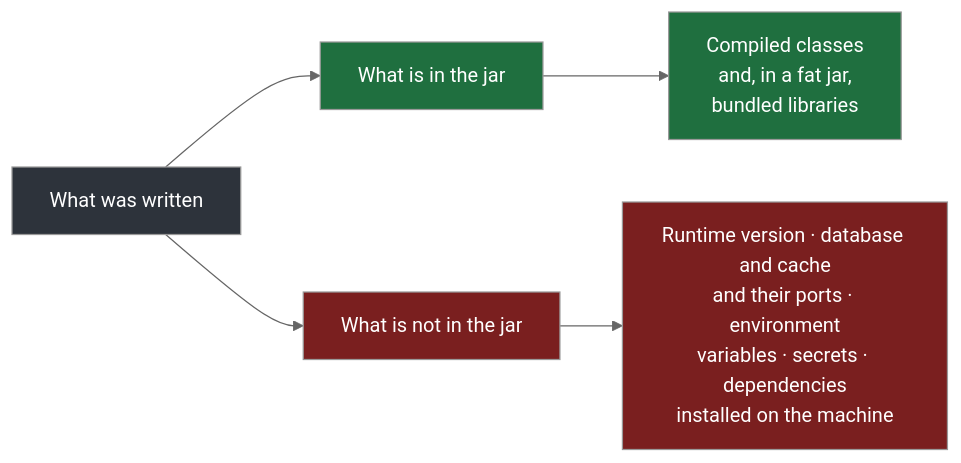
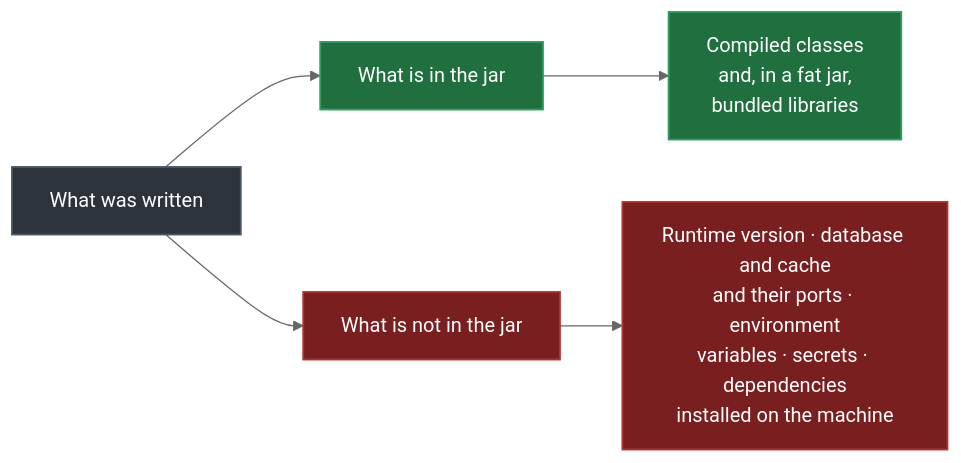
The first of 4 diagrams in Devops/07-Docker/01-Why-Containers-Exist.md (Dummy-Bug/system-design-handbook), drawn with Mermaid (neutral theme) before and after one commit. The commit also changed other lines of this file and 5 other files, not shown here.

````diff
--- a/Devops/07-Docker/01-Why-Containers-Exist.md
+++ b/Devops/07-Docker/01-Why-Containers-Exist.md
@@ -13,12 +13,13 @@
 ```mermaid
 flowchart LR
     W["What was written"] --> J["What is in the jar"]
     W --> M["What is not in the jar"]
     J --> J1["Compiled classes<br/>and, in a fat jar,<br/>bundled libraries"]
     M --> M1["Runtime version · database and cache<br/>and their ports · environment<br/>variables · secrets · dependencies<br/>installed on the machine"]
-    style W fill:#2d333b,color:#fff
-    style J fill:#1f6f3f,color:#fff
-    style M fill:#7a1f1f,color:#fff
-    style J1 fill:#1f6f3f,color:#fff
-    style M1 fill:#7a1f1f,color:#fff
+    classDef good fill:#1f6f3f,stroke:#2e9c5a,stroke-width:1.5px,color:#fff
+    classDef broken fill:#7a1f1f,stroke:#b03030,stroke-width:1.5px,color:#fff
+    classDef actor fill:#2d333b,stroke:#4b5563,stroke-width:1.5px,color:#fff
+    class J,J1 good
+    class M,M1 broken
+    class W actor
 ```
````
